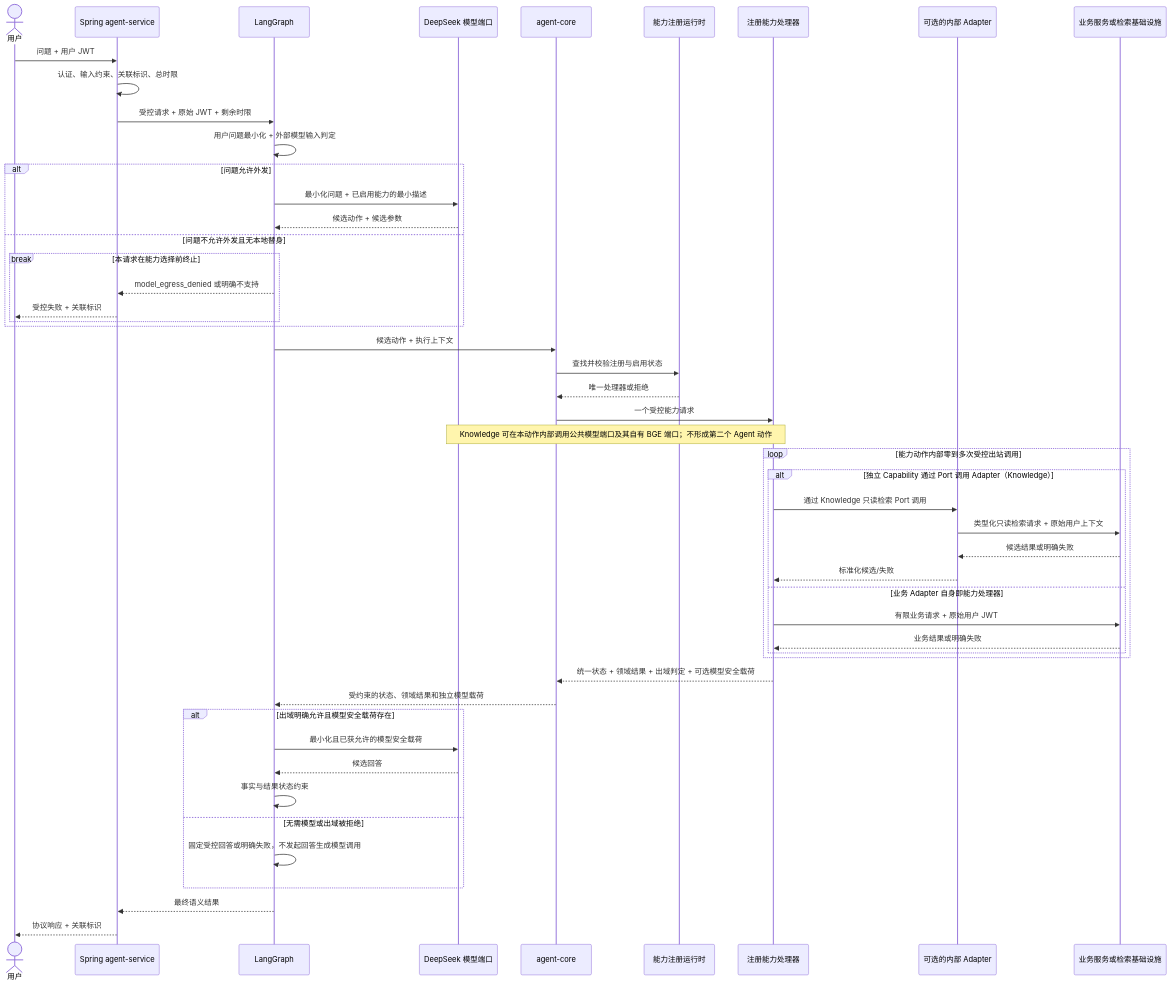
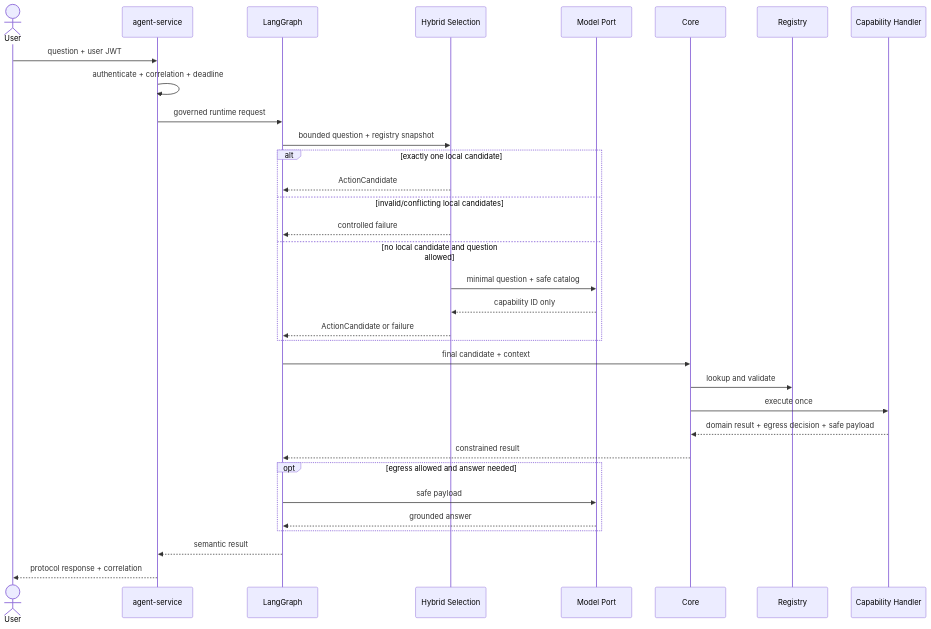
One commit to KyriosoO/springcloud-demo changed the second of 2 diagrams in docs/design/L1_00_SINGLE_AGENT_CORE_RUNTIME_ARCHITECTURE.md. Above: the diagram before and after it, drawn with Mermaid. The commit also changed other lines of this file and 35 other files, not shown here.

````diff
--- a/docs/design/L1_00_SINGLE_AGENT_CORE_RUNTIME_ARCHITECTURE.md
+++ b/docs/design/L1_00_SINGLE_AGENT_CORE_RUNTIME_ARCHITECTURE.md
@@ -405,53 +256,36 @@
 ```mermaid
 sequenceDiagram
-    actor U as 用户
-    participant S as Spring agent-service
+    actor U as User
+    participant S as agent-service
     participant G as LangGraph
-    participant M as DeepSeek 模型端口
-    participant C as agent-core
-    participant R as 能力注册运行时
-    participant H as 注册能力处理器
-    participant A as 可选的内部 Adapter
-    participant B as 业务服务或检索基础设施
+    participant H as Hybrid Selection
+    participant M as Model Port
+    participant C as Core
+    participant R as Registry
+    participant P as Capability Handler
 
-    U->>S: 问题 + 用户 JWT
-    S->>S: 认证、输入约束、关联标识、总时限
-    S->>G: 受控请求 + 原始 JWT + 剩余时限
-    G->>G: 用户问题最小化 + 外部模型输入判定
-    alt 问题允许外发
-        G->>M: 最小化问题 + 已启用能力的最小描述
-        M-->>G: 候选动作 + 候选参数
-    else 问题不允许外发且无本地替身
-        break 本请求在能力选择前终止
-            G-->>S: model_egress_denied 或明确不支持
-            S-->>U: 受控失败 + 关联标识
-        end
+    U->>S: question + user JWT
+    S->>S: authenticate + correlation + deadline
+    S->>G: governed runtime request
+    G->>H: bounded question + registry snapshot
+    alt exactly one local candidate
+        H-->>G: ActionCandidate
+    else invalid/conflicting local candidates
+        H-->>G: controlled failure
+    else no local candidate and question allowed
+        H->>M: minimal question + safe catalog
+        M-->>H: capability ID only
+        H-->>G: ActionCandidate or failure
     end
-    G->>C: 候选动作 + 执行上下文
-    C->>R: 查找并校验注册与启用状态
-    R-->>C: 唯一处理器或拒绝
-    C->>H: 一个受控能力请求
-    Note over H,M: Knowledge 可在本动作内部调用公共模型端口及其自有 BGE 端口；不形成第二个 Agent 动作
-    loop 能力动作内部零到多次受控出站调用
-        alt 独立 Capability 通过 Port 调用 Adapter（Knowledge）
-            H->>A: 通过 Knowledge 只读检索 Port 调用
-            A->>B: 类型化只读检索请求 + 原始用户上下文
-            B-->>A: 候选结果或明确失败
-            A-->>H: 标准化候选/失败
-        else 业务 Adapter 自身即能力处理器
-            H->>B: 有限业务请求 + 原始用户 JWT
-            B-->>H: 业务结果或明确失败
-        end
+    G->>C: final candidate + context
+    C->>R: lookup and validate
+    C->>P: execute once
+    P-->>C: domain result + egress decision + safe payload
+    C-->>G: constrained result
+    opt egress allowed and answer needed
+        G->>M: safe payload
+        M-->>G: grounded answer
     end
-    H-->>C: 统一状态 + 领域结果 + 出域判定 + 可选模型安全载荷
-    C-->>G: 受约束的状态、领域结果和独立模型载荷
-    alt 出域明确允许且模型安全载荷存在
-        G->>M: 最小化且已获允许的模型安全载荷
-        M-->>G: 候选回答
-        G->>G: 事实与结果状态约束
-    else 无需模型或出域被拒绝
-        G->>G: 固定受控回答或明确失败，不发起回答生成模型调用
-    end
-    G-->>S: 最终语义结果
-    S-->>U: 协议响应 + 关联标识
+    G-->>S: semantic result
+    S-->>U: protocol response + correlation
 ```
````
